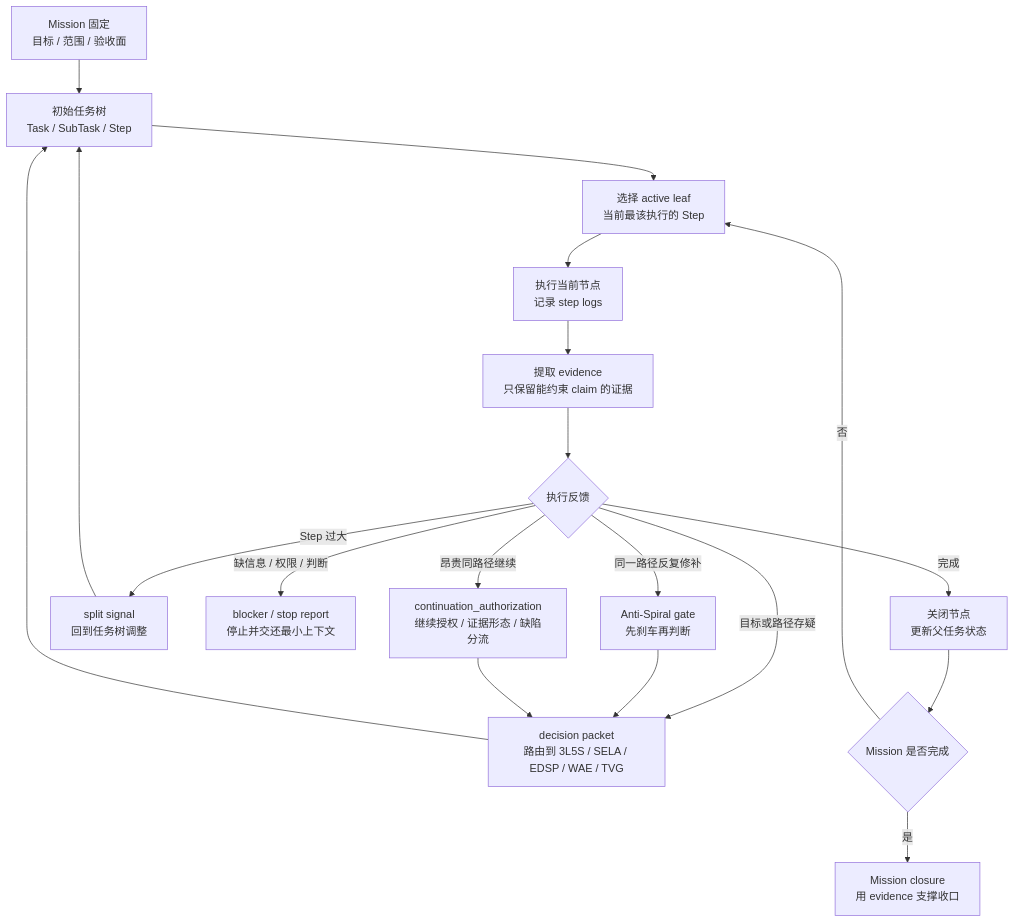
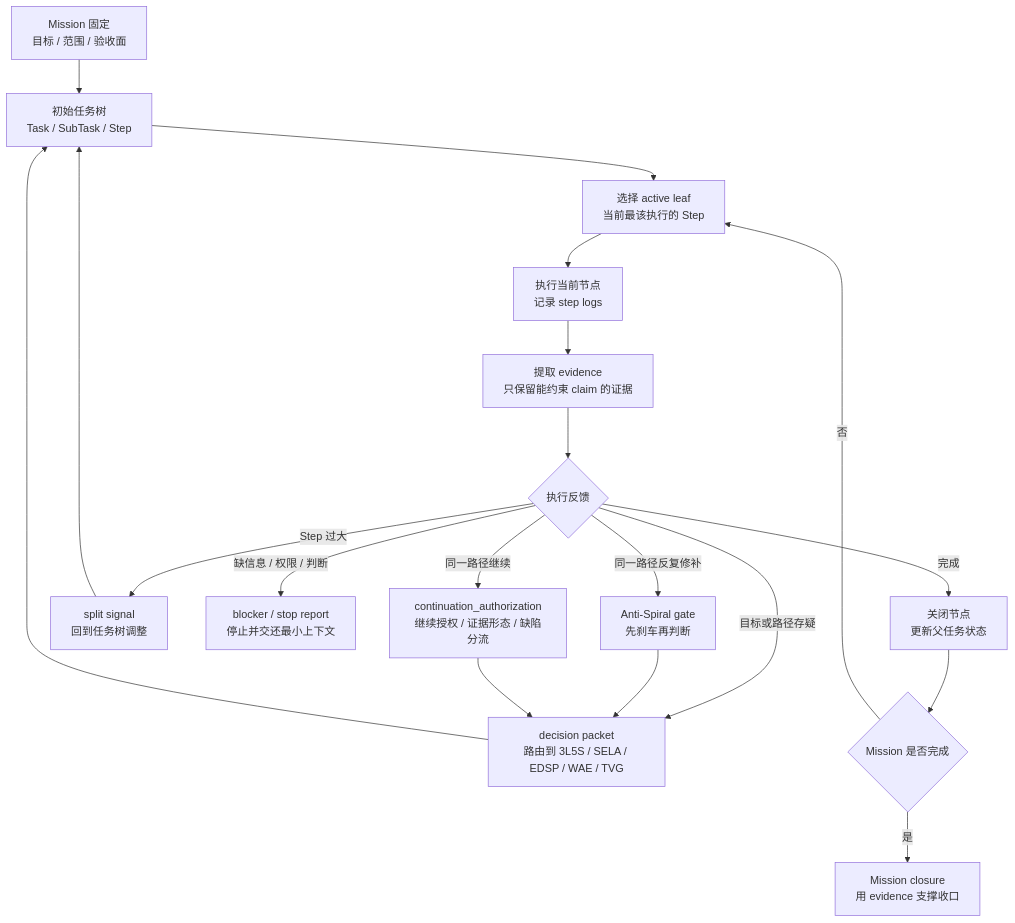
One commit to rv198-star/Mindthus changed the diagram in docs/methodologies/tplan.md. Above: the diagram before and after it, drawn with Mermaid. The commit also changed other lines of this file and 6 other files, not shown here.

Commit message:
Generalize TPlan continuation authorization triggers

````diff
--- a/docs/methodologies/tplan.md
+++ b/docs/methodologies/tplan.md
@@ -137,23 +137,23 @@
 ```mermaid
 flowchart TD
   A["Mission 固定<br/>目标 / 范围 / 验收面"] --> B["初始任务树<br/>Task / SubTask / Step"]
   B --> C["选择 active leaf<br/>当前最该执行的 Step"]
   C --> D["执行当前节点<br/>记录 step logs"]
   D --> E["提取 evidence<br/>只保留能约束 claim 的证据"]
 
   E --> F{"执行反馈"}
   F -->|"完成"| G["关闭节点<br/>更新父任务状态"]
   F -->|"Step 过大"| H["split signal<br/>回到任务树调整"]
   F -->|"缺信息 / 权限 / 判断"| I["blocker / stop report<br/>停止并交还最小上下文"]
   F -->|"目标或路径存疑"| J["decision packet<br/>路由到 3L5S / SELA / EDSP / WAE / TVG"]
   F -->|"同一路径反复修补"| K["Anti-Spiral gate<br/>先刹车再判断"]
-  F -->|"昂贵同路径继续"| N["continuation_authorization<br/>继续授权 / 证据形态 / 缺陷分流"]
+  F -->|"同一路径继续"| N["continuation_authorization<br/>继续授权 / 证据形态 / 缺陷分流"]
 
   H --> B
   J --> B
   K --> J
   N --> J
   G --> L{"Mission 是否完成"}
   L -->|"否"| C
   L -->|"是"| M["Mission closure<br/>用 evidence 支撑收口"]
 ```
````
